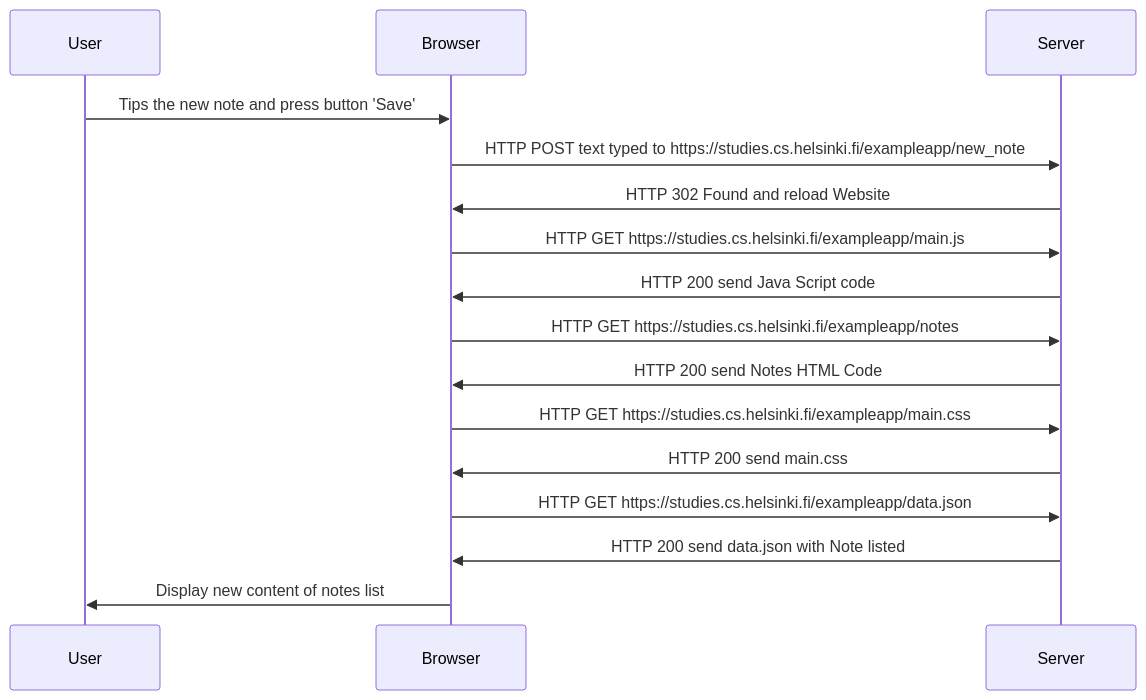
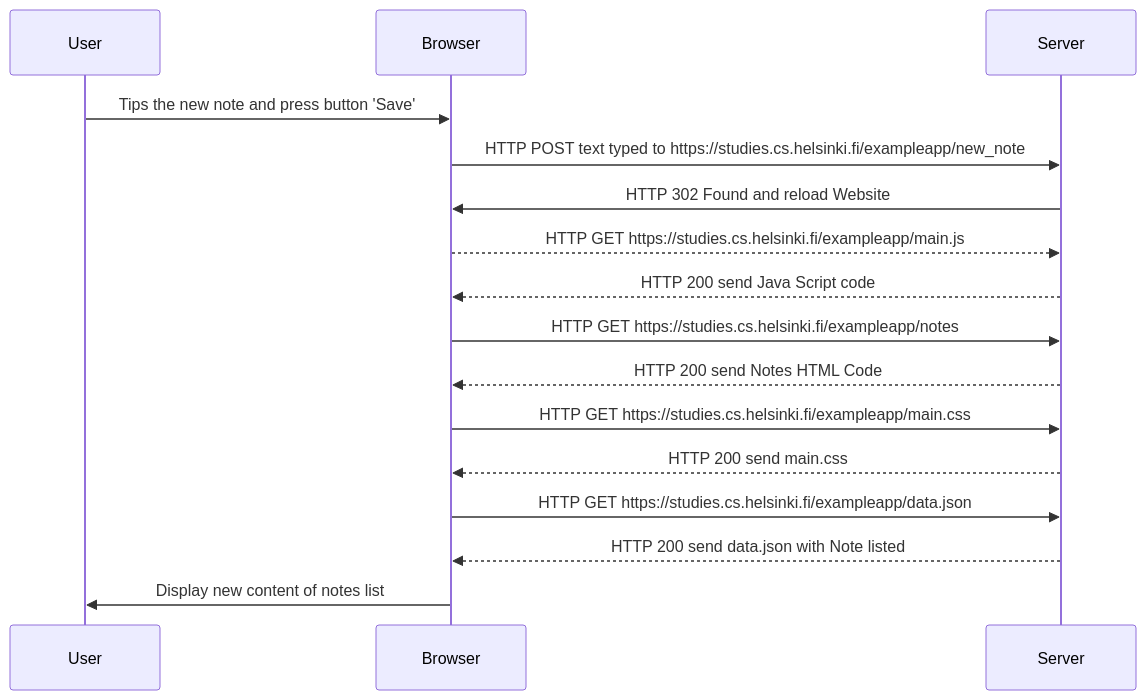
One commit to HaTeRMaNCo/fullstack changed the diagram in mermaid.md. Above: the diagram before and after it, drawn with Mermaid.

````diff
--- a/mermaid.md
+++ b/mermaid.md
@@ -1,18 +1,18 @@
 ```mermaid
 sequenceDiagram
     participant User
     participant Browser
     participant Server
     User->>Browser: Tips the new note and press button 'Save'
     Browser->>Server: HTTP POST text typed to https://studies.cs.helsinki.fi/exampleapp/new_note
     Server->>Browser: HTTP 302 Found and reload Website
-    Browser->>Server: HTTP GET https://studies.cs.helsinki.fi/exampleapp/main.js
-    Server->>Browser: HTTP 200 send Java Script code
+    Browser-->>Server: HTTP GET https://studies.cs.helsinki.fi/exampleapp/main.js
+    Server-->>Browser: HTTP 200 send Java Script code
     Browser->>Server: HTTP GET https://studies.cs.helsinki.fi/exampleapp/notes
-    Server->>Browser: HTTP 200 send Notes HTML Code
+    Server-->>Browser: HTTP 200 send Notes HTML Code
     Browser->>Server: HTTP GET https://studies.cs.helsinki.fi/exampleapp/main.css
-    Server->>Browser: HTTP 200 send main.css
+    Server-->>Browser: HTTP 200 send main.css
     Browser->>Server: HTTP GET https://studies.cs.helsinki.fi/exampleapp/data.json
-    Server->>Browser: HTTP 200 send data.json with Note listed
+    Server-->>Browser: HTTP 200 send data.json with Note listed
     Browser->>User: Display new content of notes list
 ```
````
